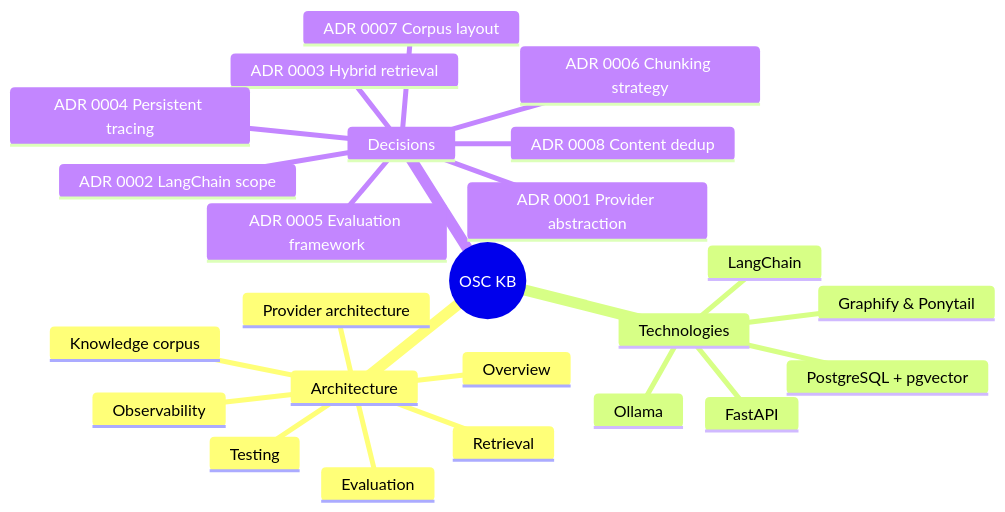
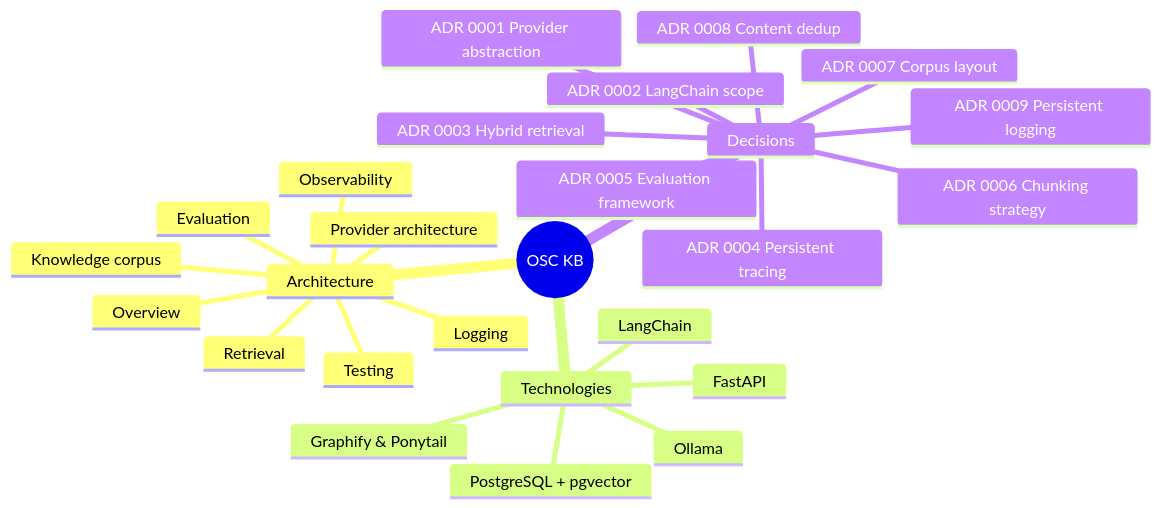
The diagram in docs/engineering/README.md (MokshDX/OSC-Chatbot), drawn with Mermaid before and after one commit. The commit also changed other lines of this file and 272 other files, not shown here.

First line of the commit message:
feat: add persistent structured logging and audit stream

````diff
--- a/docs/engineering/README.md
+++ b/docs/engineering/README.md
@@ -18,27 +18,29 @@
 ```mermaid
 mindmap
   root((OSC KB))
     Architecture
       Overview
       Provider architecture
       Retrieval
       Observability
+      Logging
       Evaluation
       Knowledge corpus
       Testing
     Technologies
       PostgreSQL + pgvector
       Ollama
       LangChain
       FastAPI
       Graphify & Ponytail
     Decisions
       ADR 0001 Provider abstraction
       ADR 0002 LangChain scope
       ADR 0003 Hybrid retrieval
       ADR 0004 Persistent tracing
       ADR 0005 Evaluation framework
       ADR 0006 Chunking strategy
       ADR 0007 Corpus layout
       ADR 0008 Content dedup
+      ADR 0009 Persistent logging
 ```
````
